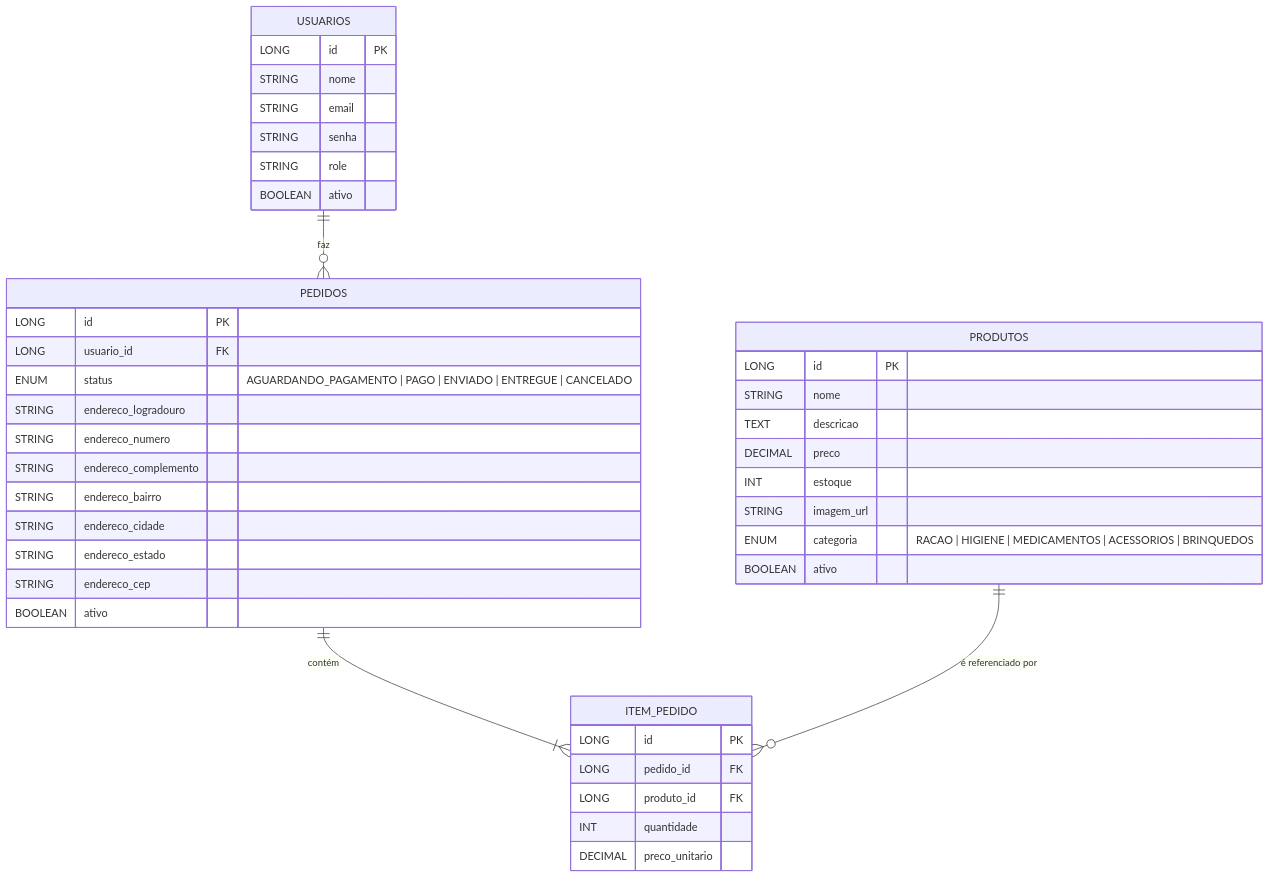
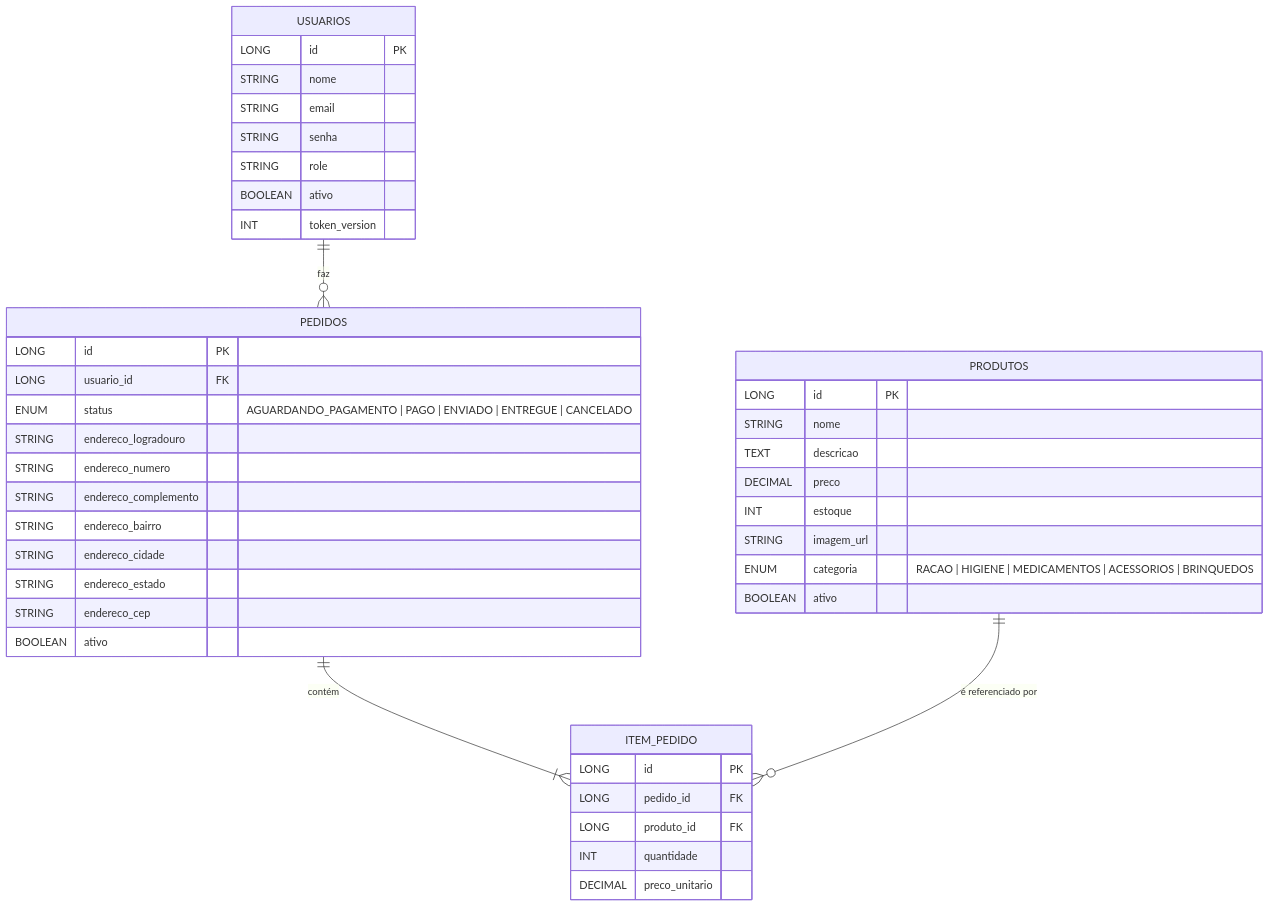
One commit to AROLima/DomPet_backend changed the first of 4 diagrams in README.md. Above: the diagram before and after it, drawn with Mermaid. The commit also changed other lines of this file and 36 other files, not shown here.

````diff
--- a/README.md
+++ b/README.md
@@ -90,48 +100,49 @@
 ```mermaid
 erDiagram
   USUARIOS ||--o{ PEDIDOS : "faz"
   PEDIDOS  ||--|{ ITEM_PEDIDO : "contém"
   PRODUTOS ||--o{ ITEM_PEDIDO : "é referenciado por"
 
   USUARIOS {
     LONG id PK
     STRING nome
     STRING email
     STRING senha
     STRING role
     BOOLEAN ativo
+    INT token_version
   }
 
   PRODUTOS {
     LONG id PK
     STRING nome
     TEXT  descricao
     DECIMAL preco
     INT   estoque
     STRING imagem_url
     ENUM  categoria   "RACAO | HIGIENE | MEDICAMENTOS | ACESSORIOS | BRINQUEDOS"
     BOOLEAN ativo
   }
 
   PEDIDOS {
     LONG id PK
     LONG usuario_id FK
     ENUM status      "AGUARDANDO_PAGAMENTO | PAGO | ENVIADO | ENTREGUE | CANCELADO"
     STRING endereco_logradouro
     STRING endereco_numero
     STRING endereco_complemento
     STRING endereco_bairro
     STRING endereco_cidade
     STRING endereco_estado
     STRING endereco_cep
     BOOLEAN ativo
   }
 
   ITEM_PEDIDO {
     LONG id PK
     LONG pedido_id FK
     LONG produto_id FK
     INT  quantidade
     DECIMAL preco_unitario
   }
 ```
````
